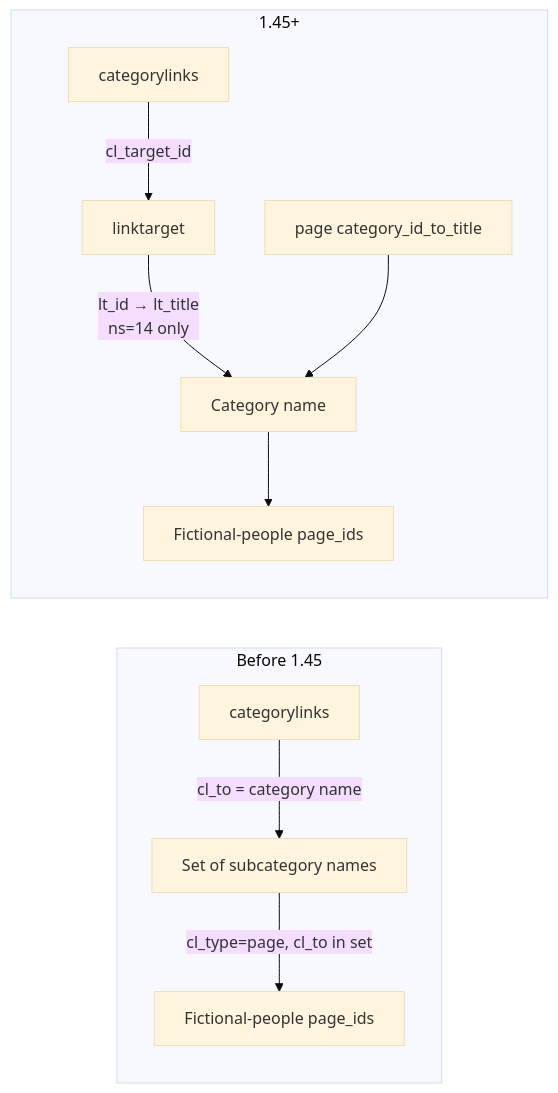
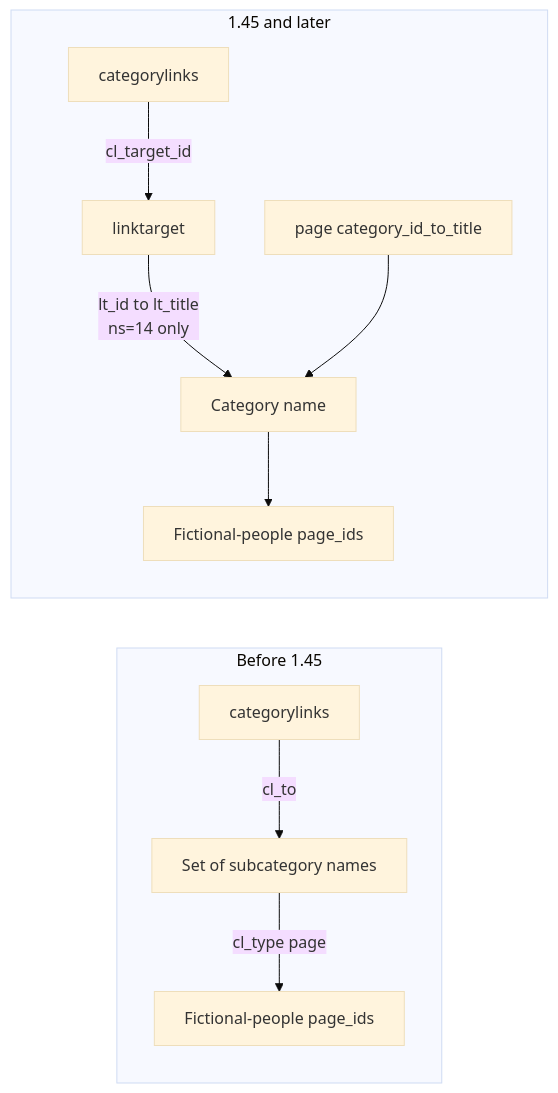
Before and after one commit to version0-1/wiki-extract: the third of 4 diagrams in docs/DETAIL_en.md, drawn with Mermaid (base theme). The commit also changed other lines of this file and 70 other files, not shown here.

````diff
--- a/docs/DETAIL_en.md
+++ b/docs/DETAIL_en.md
@@ -132,17 +158,17 @@
 ```mermaid
 flowchart LR
   subgraph Old["Before 1.45"]
     CL_old[categorylinks]
-    CL_old -->|cl_to = category name| subcat_old["Set of subcategory names"]
-    subcat_old -->|cl_type=page, cl_to in set| pid_old["Fictional-people page_ids"]
+    CL_old -->|cl_to| subcat_old["Set of subcategory names"]
+    subcat_old -->|cl_type page| pid_old["Fictional-people page_ids"]
   end
 
-  subgraph New["1.45+"]
+  subgraph New["1.45 and later"]
     CL_new[categorylinks]
     LT[linktarget]
     CL_new -->|cl_target_id| LT
-    LT -->|lt_id → lt_title<br/>ns=14 only| cat_name["Category name"]
+    LT -->|lt_id to lt_title<br/>ns=14 only| cat_name["Category name"]
     page[page category_id_to_title] --> cat_name
     cat_name --> pid_new["Fictional-people page_ids"]
   end
 ```
````
